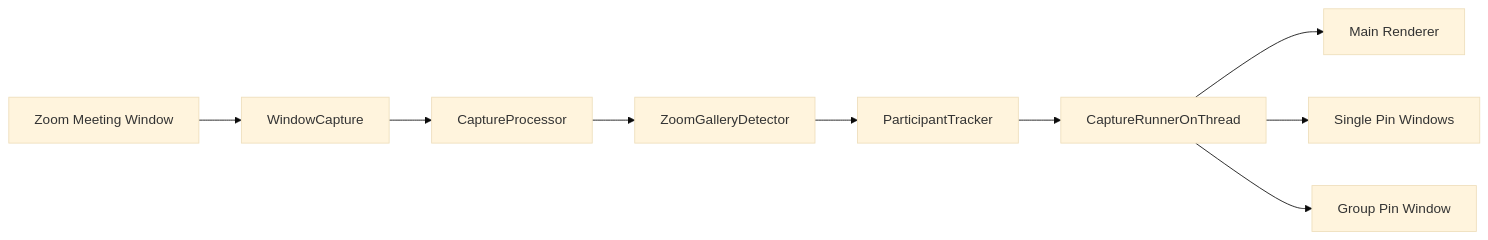
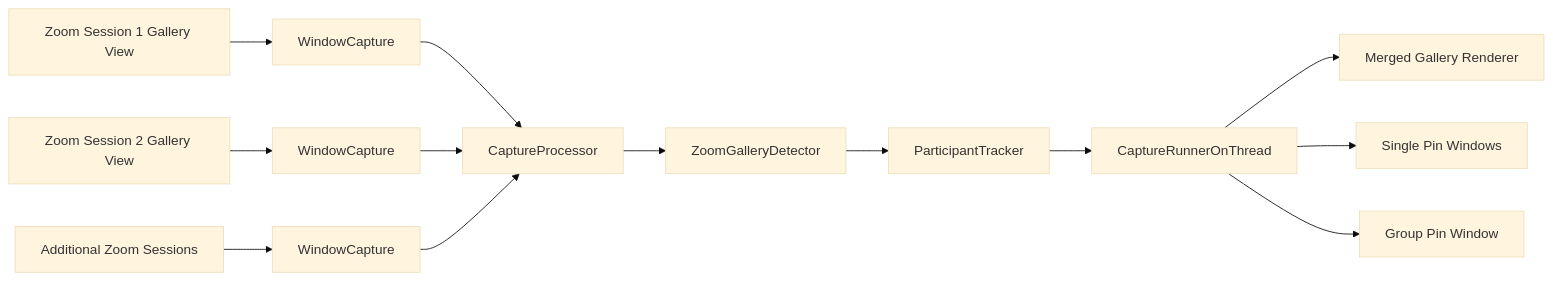
The diagram in docs/architecture.md (geronimodennis/MERGE-ZOOM-MANAGER), drawn with Mermaid (base theme) before and after one commit. The commit also changed other lines of this file and 14 other files, not shown here.

````diff
--- a/docs/architecture.md
+++ b/docs/architecture.md
@@ -5,11 +5,15 @@
 ```mermaid
 flowchart LR
-    A["Zoom Meeting Window"] --> B["WindowCapture"]
-    B --> C["CaptureProcessor"]
+    A1["Zoom Session 1 Gallery View"] --> B1["WindowCapture"]
+    A2["Zoom Session 2 Gallery View"] --> B2["WindowCapture"]
+    AX["Additional Zoom Sessions"] --> BX["WindowCapture"]
+    B1 --> C["CaptureProcessor"]
+    B2 --> C
+    BX --> C
     C --> D["ZoomGalleryDetector"]
     D --> E["ParticipantTracker"]
     E --> F["CaptureRunnerOnThread"]
-    F --> G["Main Renderer"]
+    F --> G["Merged Gallery Renderer"]
     F --> H["Single Pin Windows"]
     F --> I["Group Pin Window"]
 ```
````
